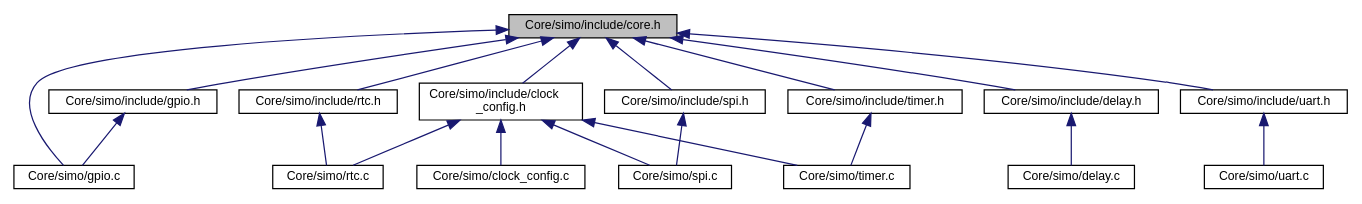
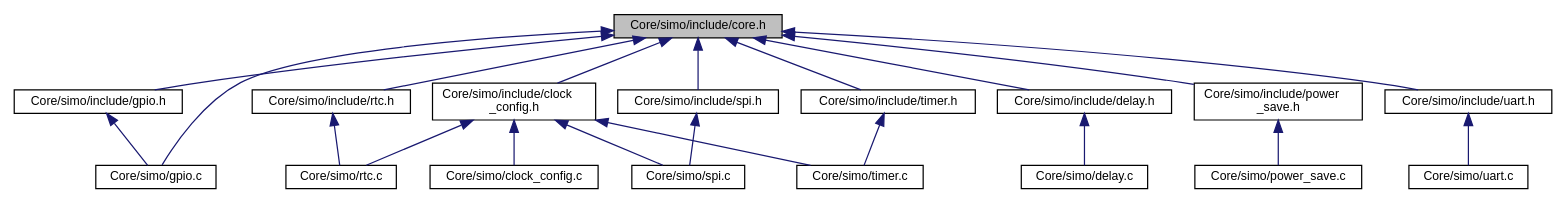
The diagram in docs/core_8h__dep__incl.dot (Germanvelardez2018/SIMO-STM32-framework), drawn with Graphviz before and after one commit. The commit also changed 80 other files, not shown here.

```diff
--- a/docs/core_8h__dep__incl.dot
+++ b/docs/core_8h__dep__incl.dot
@@ -1,39 +1,43 @@
 digraph "Core/simo/include/core.h"
 {
  // LATEX_PDF_SIZE
   edge [fontname="Helvetica",fontsize="10",labelfontname="Helvetica",labelfontsize="10"];
   node [fontname="Helvetica",fontsize="10",shape=record];
   Node1 [label="Core/simo/include/core.h",height=0.2,width=0.4,color="black", fillcolor="grey75", style="filled", fontcolor="black",tooltip=" "];
   Node1 -> Node2 [dir="back",color="midnightblue",fontsize="10",style="solid",fontname="Helvetica"];
   Node2 [label="Core/simo/gpio.c",height=0.2,width=0.4,color="black", fillcolor="white", style="filled",URL="$gpio_8c.html",tooltip=" "];
   Node1 -> Node3 [dir="back",color="midnightblue",fontsize="10",style="solid",fontname="Helvetica"];
   Node3 [label="Core/simo/include/clock\l_config.h",height=0.2,width=0.4,color="black", fillcolor="white", style="filled",URL="$clock__config_8h.html",tooltip=" "];
   Node3 -> Node4 [dir="back",color="midnightblue",fontsize="10",style="solid",fontname="Helvetica"];
   Node4 [label="Core/simo/clock_config.c",height=0.2,width=0.4,color="black", fillcolor="white", style="filled",URL="$clock__config_8c.html",tooltip=" "];
   Node3 -> Node5 [dir="back",color="midnightblue",fontsize="10",style="solid",fontname="Helvetica"];
   Node5 [label="Core/simo/rtc.c",height=0.2,width=0.4,color="black", fillcolor="white", style="filled",URL="$rtc_8c.html",tooltip=" "];
   Node3 -> Node6 [dir="back",color="midnightblue",fontsize="10",style="solid",fontname="Helvetica"];
   Node6 [label="Core/simo/spi.c",height=0.2,width=0.4,color="black", fillcolor="white", style="filled",URL="$spi_8c.html",tooltip="Driver para abstraer el hardware SPI."];
   Node3 -> Node7 [dir="back",color="midnightblue",fontsize="10",style="solid",fontname="Helvetica"];
   Node7 [label="Core/simo/timer.c",height=0.2,width=0.4,color="black", fillcolor="white", style="filled",URL="$timer_8c.html",tooltip=" "];
   Node1 -> Node8 [dir="back",color="midnightblue",fontsize="10",style="solid",fontname="Helvetica"];
   Node8 [label="Core/simo/include/delay.h",height=0.2,width=0.4,color="black", fillcolor="white", style="filled",URL="$delay_8h.html",tooltip="Abstraccion de funcion delay bloqueante."];
   Node8 -> Node9 [dir="back",color="midnightblue",fontsize="10",style="solid",fontname="Helvetica"];
   Node9 [label="Core/simo/delay.c",height=0.2,width=0.4,color="black", fillcolor="white", style="filled",URL="$delay_8c.html",tooltip=" "];
   Node1 -> Node10 [dir="back",color="midnightblue",fontsize="10",style="solid",fontname="Helvetica"];
   Node10 [label="Core/simo/include/gpio.h",height=0.2,width=0.4,color="black", fillcolor="white", style="filled",URL="$gpio_8h.html",tooltip="Driver para abstraer el hardware GPIO del microcontrolador."];
   Node10 -> Node2 [dir="back",color="midnightblue",fontsize="10",style="solid",fontname="Helvetica"];
   Node1 -> Node11 [dir="back",color="midnightblue",fontsize="10",style="solid",fontname="Helvetica"];
-  Node11 [label="Core/simo/include/rtc.h",height=0.2,width=0.4,color="black", fillcolor="white", style="filled",URL="$rtc_8h.html",tooltip="Abstracion para utilizar el hardware RTC."];
-  Node11 -> Node5 [dir="back",color="midnightblue",fontsize="10",style="solid",fontname="Helvetica"];
-  Node1 -> Node12 [dir="back",color="midnightblue",fontsize="10",style="solid",fontname="Helvetica"];
-  Node12 [label="Core/simo/include/spi.h",height=0.2,width=0.4,color="black", fillcolor="white", style="filled",URL="$spi_8h.html",tooltip="Driver para abstraer hardware SPI."];
-  Node12 -> Node6 [dir="back",color="midnightblue",fontsize="10",style="solid",fontname="Helvetica"];
+  Node11 [label="Core/simo/include/power\l_save.h",height=0.2,width=0.4,color="black", fillcolor="white", style="filled",URL="$power__save_8h.html",tooltip=" "];
+  Node11 -> Node12 [dir="back",color="midnightblue",fontsize="10",style="solid",fontname="Helvetica"];
+  Node12 [label="Core/simo/power_save.c",height=0.2,width=0.4,color="black", fillcolor="white", style="filled",URL="$power__save_8c.html",tooltip="Driver para abstraer las funciones de power save en micros ARM."];
   Node1 -> Node13 [dir="back",color="midnightblue",fontsize="10",style="solid",fontname="Helvetica"];
-  Node13 [label="Core/simo/include/timer.h",height=0.2,width=0.4,color="black", fillcolor="white", style="filled",URL="$timer_8h.html",tooltip="Driver para abstraer el hardware timer."];
-  Node13 -> Node7 [dir="back",color="midnightblue",fontsize="10",style="solid",fontname="Helvetica"];
+  Node13 [label="Core/simo/include/rtc.h",height=0.2,width=0.4,color="black", fillcolor="white", style="filled",URL="$rtc_8h.html",tooltip="Abstracion para utilizar el hardware RTC."];
+  Node13 -> Node5 [dir="back",color="midnightblue",fontsize="10",style="solid",fontname="Helvetica"];
   Node1 -> Node14 [dir="back",color="midnightblue",fontsize="10",style="solid",fontname="Helvetica"];
-  Node14 [label="Core/simo/include/uart.h",height=0.2,width=0.4,color="black", fillcolor="white", style="filled",URL="$uart_8h.html",tooltip="Driver para abstraer el hardware UART."];
-  Node14 -> Node15 [dir="back",color="midnightblue",fontsize="10",style="solid",fontname="Helvetica"];
-  Node15 [label="Core/simo/uart.c",height=0.2,width=0.4,color="black", fillcolor="white", style="filled",URL="$uart_8c.html",tooltip=" "];
+  Node14 [label="Core/simo/include/spi.h",height=0.2,width=0.4,color="black", fillcolor="white", style="filled",URL="$spi_8h.html",tooltip="Driver para abstraer hardware SPI."];
+  Node14 -> Node6 [dir="back",color="midnightblue",fontsize="10",style="solid",fontname="Helvetica"];
+  Node1 -> Node15 [dir="back",color="midnightblue",fontsize="10",style="solid",fontname="Helvetica"];
+  Node15 [label="Core/simo/include/timer.h",height=0.2,width=0.4,color="black", fillcolor="white", style="filled",URL="$timer_8h.html",tooltip="Driver para abstraer el hardware timer."];
+  Node15 -> Node7 [dir="back",color="midnightblue",fontsize="10",style="solid",fontname="Helvetica"];
+  Node1 -> Node16 [dir="back",color="midnightblue",fontsize="10",style="solid",fontname="Helvetica"];
+  Node16 [label="Core/simo/include/uart.h",height=0.2,width=0.4,color="black", fillcolor="white", style="filled",URL="$uart_8h.html",tooltip="Driver para abstraer el hardware UART."];
+  Node16 -> Node17 [dir="back",color="midnightblue",fontsize="10",style="solid",fontname="Helvetica"];
+  Node17 [label="Core/simo/uart.c",height=0.2,width=0.4,color="black", fillcolor="white", style="filled",URL="$uart_8c.html",tooltip=" "];
 }
```
